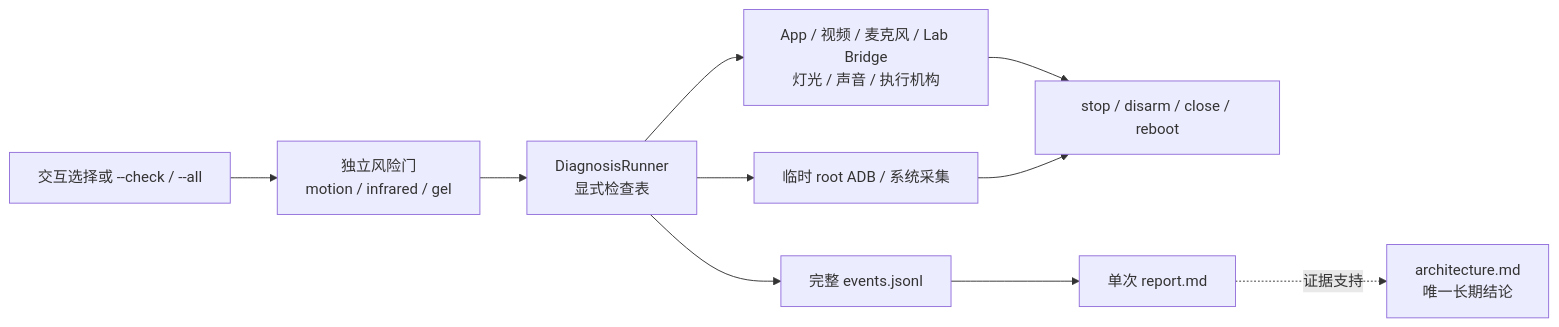
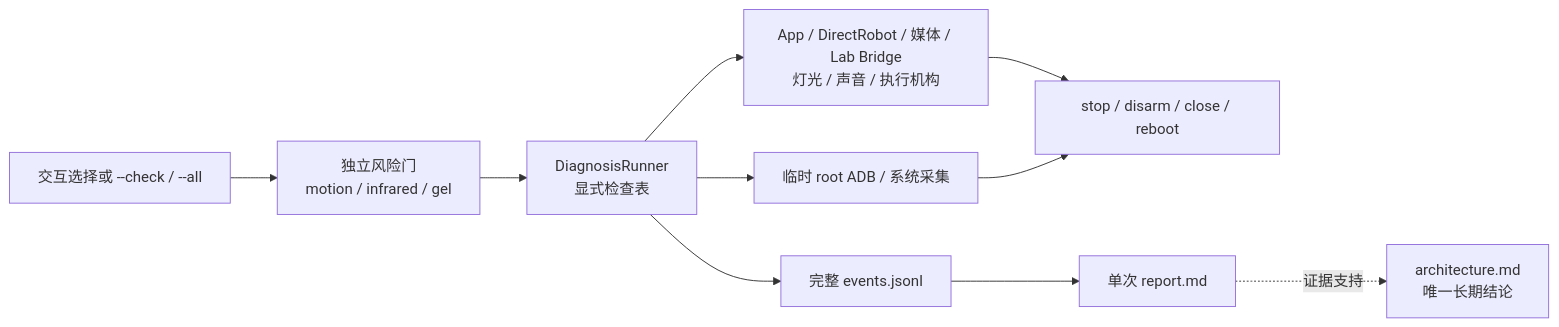
One commit to elonzh/hanppie changed the seventh of 7 diagrams in docs/architecture.md. Above: the diagram before and after it, drawn with Mermaid. The commit also changed other lines of this file and 16 other files, not shown here.

````diff
--- a/docs/architecture.md
+++ b/docs/architecture.md
@@ -595,20 +753,20 @@
 ```mermaid
 flowchart LR
     SELECT["交互选择或 --check / --all"]
     GATES["独立风险门<br/>motion / infrared / gel"]
     RUNNER["DiagnosisRunner<br/>显式检查表"]
-    APP["App / 视频 / 麦克风 / Lab Bridge<br/>灯光 / 声音 / 执行机构"]
+    APP["App / DirectRobot / 媒体 / Lab Bridge<br/>灯光 / 声音 / 执行机构"]
     ROOT["临时 root ADB / 系统采集"]
     CLEAN["stop / disarm / close / reboot"]
     EVENTS["完整 events.jsonl"]
     REPORT["单次 report.md"]
     ARCH["architecture.md<br/>唯一长期结论"]
 
     SELECT --> GATES --> RUNNER
     RUNNER --> APP
     RUNNER --> ROOT
     APP --> CLEAN
     ROOT --> CLEAN
     RUNNER --> EVENTS --> REPORT
     REPORT -. 证据支持 .-> ARCH
 ```
````
